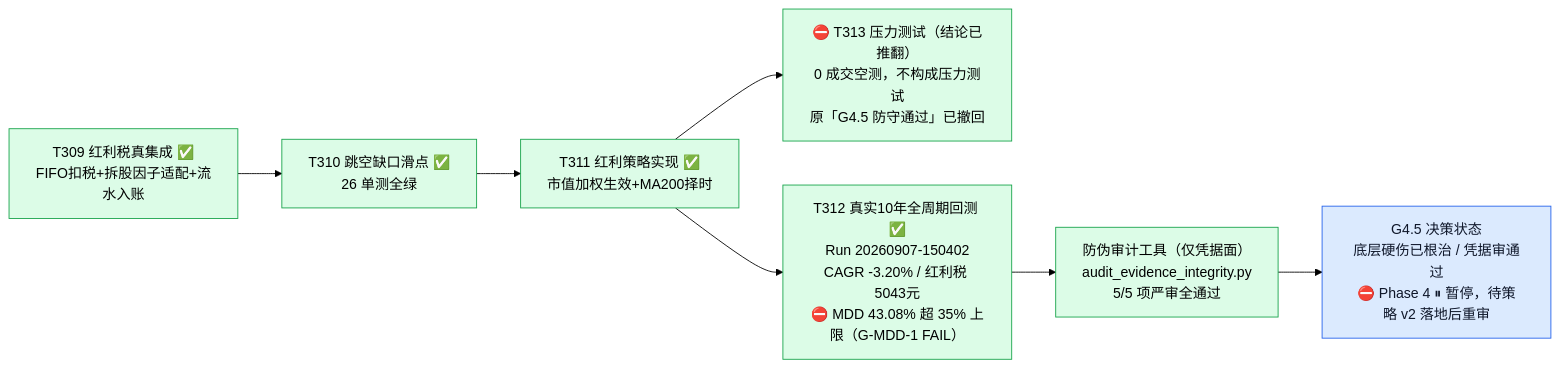
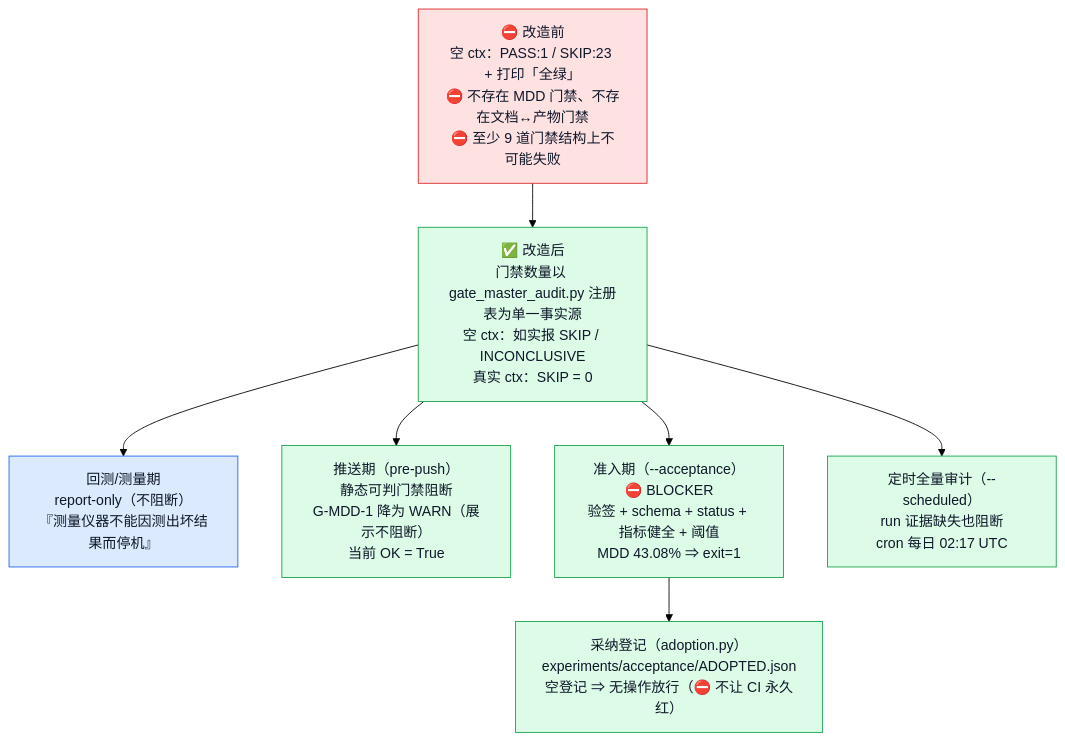
The fourth of 8 diagrams in docs/project_status_flowchart.md (YZml1507/FinAI2.0), drawn with Mermaid (forest theme) before and after one commit. The commit also changed other lines of this file and 3 other files, not shown here.

First line of the commit message:
docs(status): 更新项目状态流程图（.md + .html）+ 新窗口交接说明

````diff
--- a/docs/project_status_flowchart.md
+++ b/docs/project_status_flowchart.md
@@ -59,16 +82,16 @@
 ```mermaid
-flowchart LR
-  T309["T309 红利税真集成 ✅<br/>FIFO扣税+拆股因子适配+流水入账"] --> T310["T310 跳空缺口滑点 ✅<br/>26 单测全绿"]
-  T310 --> T311["T311 红利策略实现 ✅<br/>市值加权生效+MA200择时"]
-  T311 --> T313["⛔ T313 压力测试（结论已推翻）<br/>0 成交空测，不构成压力测试<br/>原「G4.5 防守通过」已撤回"]
-  T311 --> T312["T312 真实10年全周期回测 ✅<br/>Run 20260907-150402<br/>CAGR -3.20% / 红利税 5043元<br/>⛔ MDD 43.08% 超 35% 上限（G-MDD-1 FAIL）"]
-  T312 --> AUDIT["防伪审计工具（仅凭据面）<br/>audit_evidence_integrity.py<br/>5/5 项严审全通过"]
-  AUDIT --> G45["G4.5 决策状态<br/>底层硬伤已根治 / 凭据审通过<br/>⛔ Phase 4 ⏸ 暂停，待策略 v2 落地后重审"]
-  style T309 fill:#dcfce7,stroke:#16a34a
-  style T310 fill:#dcfce7,stroke:#16a34a
-  style T311 fill:#dcfce7,stroke:#16a34a
-  style T313 fill:#dcfce7,stroke:#16a34a
-  style T312 fill:#dcfce7,stroke:#16a34a
-  style AUDIT fill:#dcfce7,stroke:#16a34a
-  style G45 fill:#dbeafe,stroke:#2563eb,color:#0f172a
+flowchart TD
+  BEFORE["⛔ 改造前<br/>空 ctx：PASS:1 / SKIP:23 + 打印「全绿」<br/>⛔ 不存在 MDD 门禁、不存在文档↔产物门禁<br/>⛔ 至少 9 道门禁结构上不可能失败"] --> AFTER["✅ 改造后<br/>门禁数量以 gate_master_audit.py 注册表为单一事实源<br/>空 ctx：如实报 SKIP / INCONCLUSIVE<br/>真实 ctx：SKIP = 0"]
+  AFTER --> L1["回测/测量期<br/>report-only（不阻断）<br/>『测量仪器不能因测出坏结果而停机』"]
+  AFTER --> L2["推送期（pre-push）<br/>静态可判门禁阻断<br/>G-MDD-1 降为 WARN（展示不阻断）<br/>当前 OK = True"]
+  AFTER --> L3["准入期（--acceptance）<br/>⛔ BLOCKER<br/>验签 + schema + status + 指标健全 + 阈值<br/>MDD 43.08% ⇒ exit=1"]
+  AFTER --> L4["定时全量审计（--scheduled）<br/>run 证据缺失也阻断<br/>cron 每日 02:17 UTC"]
+  L3 --> ADOPT["采纳登记（adoption.py）<br/>experiments/acceptance/ADOPTED.json<br/>空登记 ⇒ 无操作放行（⛔ 不让 CI 永久红）"]
+  style BEFORE fill:#fee2e2,stroke:#dc2626,color:#0f172a
+  style AFTER fill:#dcfce7,stroke:#16a34a,color:#0f172a
+  style L1 fill:#dbeafe,stroke:#2563eb,color:#0f172a
+  style L2 fill:#dcfce7,stroke:#16a34a,color:#0f172a
+  style L3 fill:#dcfce7,stroke:#16a34a,color:#0f172a
+  style L4 fill:#dcfce7,stroke:#16a34a,color:#0f172a
+  style ADOPT fill:#dcfce7,stroke:#16a34a,color:#0f172a
 ```
````
